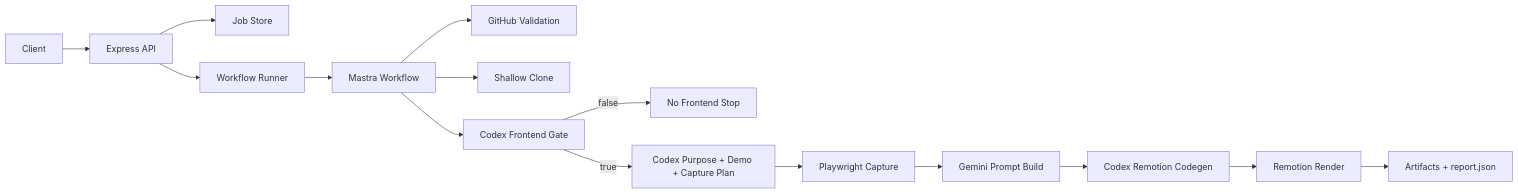
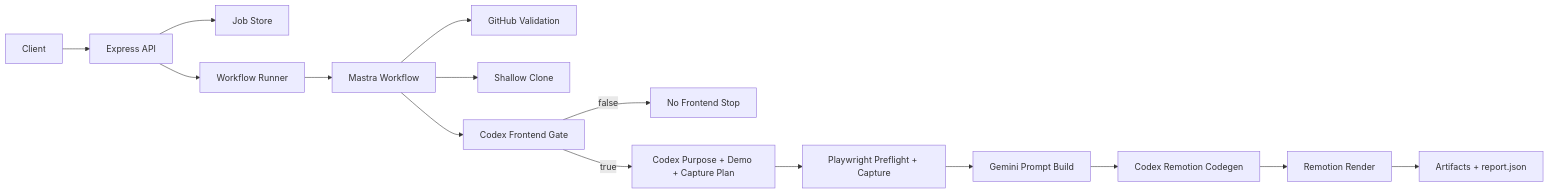
One commit to AdityaSinghh7/repo_to_remotion changed the diagram in docs/architecture.md. Above: the diagram before and after it, drawn with Mermaid. The commit also changed other lines of this file and 13 other files, not shown here.

````diff
--- a/docs/architecture.md
+++ b/docs/architecture.md
@@ -9,17 +9,17 @@
 ```mermaid
 flowchart LR
     A[Client] --> B[Express API]
     B --> C[Job Store]
     B --> D[Workflow Runner]
     D --> E[Mastra Workflow]
     E --> F[GitHub Validation]
     E --> G[Shallow Clone]
     E --> H[Codex Frontend Gate]
     H -->|false| I[No Frontend Stop]
     H -->|true| J[Codex Purpose + Demo + Capture Plan]
-    J --> K[Playwright Capture]
+    J --> K[Playwright Preflight + Capture]
     K --> L[Gemini Prompt Build]
     L --> M[Codex Remotion Codegen]
     M --> N[Remotion Render]
     N --> O[Artifacts + report.json]
 ```
````
